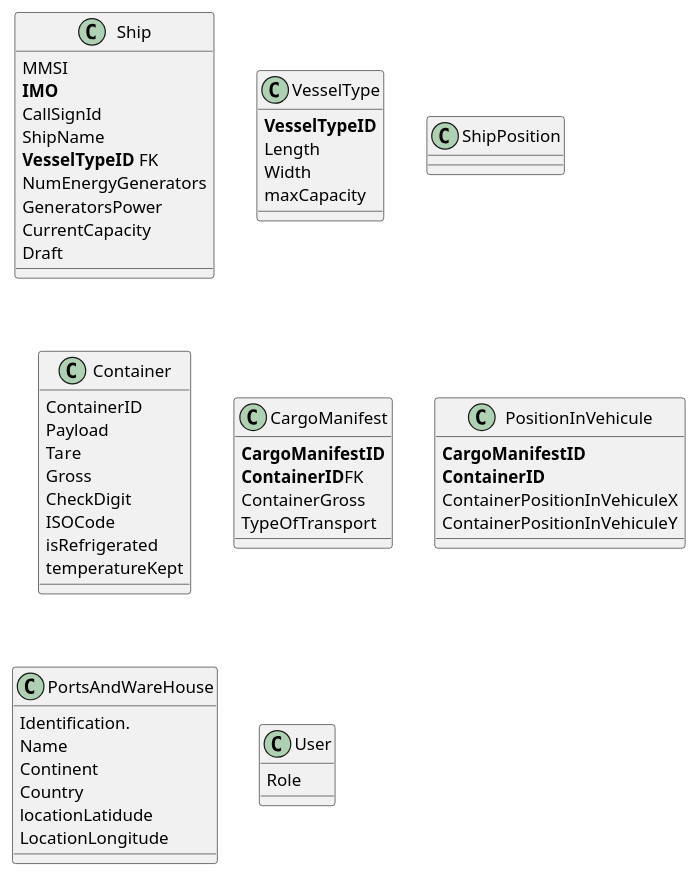
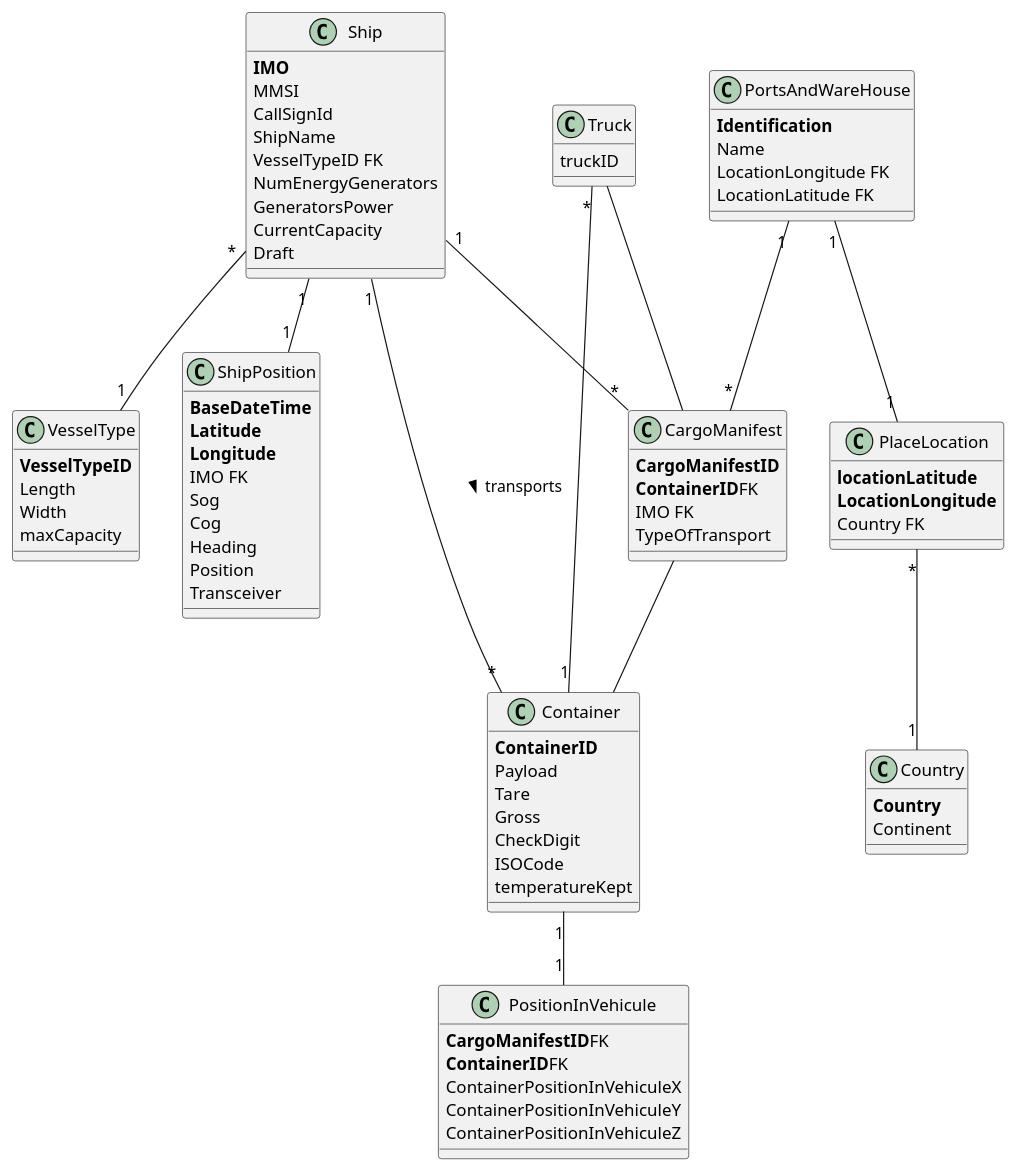
One commit to ana-albergaria/LAPR3-ISEP changed the diagram in docs/Data_Model.puml. Above: the diagram before and after it, drawn with PlantUML.

Commit message:
US108-Continuing data model diagram

```diff
--- a/docs/Data_Model.puml
+++ b/docs/Data_Model.puml
@@ -1,67 +1,102 @@
 @startuml
 'https://plantuml.com/class-diagram
 
 /'class Company{
 
 }'/
 
 class Ship{
+    **IMO**
     MMSI
-    **IMO**
     CallSignId
     ShipName
-    **VesselTypeID** FK
+    VesselTypeID FK
     NumEnergyGenerators
     GeneratorsPower
     CurrentCapacity
     Draft
 }
 
 class VesselType{
     **VesselTypeID**
     Length
     Width
     maxCapacity
 }
 
-class ShipPosition{}
+class ShipPosition{
+    **BaseDateTime**
+    **Latitude**
+    **Longitude**
+    IMO FK
+    Sog
+    Cog
+    Heading
+    Position
+    Transceiver
+}
 
 class Container{
-    ContainerID
+    **ContainerID**
     Payload
     Tare
     Gross
     CheckDigit
     ISOCode
-    isRefrigerated
     temperatureKept
 }
+/'refrigeration state is ambigous'/
 
+/'manifest type(loading, unloading) changes its values'/
 class CargoManifest{
     **CargoManifestID**
     **ContainerID**FK
-    ContainerGross
+    IMO FK
     TypeOfTransport
 }
 
 class PositionInVehicule{
-    **CargoManifestID**
-    **ContainerID**
+    **CargoManifestID**FK
+    **ContainerID**FK
     ContainerPositionInVehiculeX
     ContainerPositionInVehiculeY
+    ContainerPositionInVehiculeZ
 }
 
 class PortsAndWareHouse{
-    Identification.
+    **Identification**
     Name
-    Continent
-    Country
-    locationLatidude
-    LocationLongitude
+    LocationLongitude FK
+    LocationLatitude FK
 }
 
-class User{
- Role
+class Country{
+    **Country**
+    Continent
 }
 
+class PlaceLocation{
+    **locationLatitude**
+    **LocationLongitude**
+    Country FK
+}
+
+
+class Truck{
+    truckID
+}
+
+
+Ship "1" -- "*" Container : transports >
+Container "1" -- "1" PositionInVehicule
+Ship "1" -- "1" ShipPosition
+Ship "*" -- "1" VesselType
+Ship "1" -- "*" CargoManifest
+CargoManifest  -- Container
+Truck -- CargoManifest
+Truck "*" -- "1" Container
+PortsAndWareHouse "1" -- "1" PlaceLocation
+PlaceLocation "*" -- "1" Country
+PortsAndWareHouse "1" -- "*" CargoManifest
+
 @enduml
```
